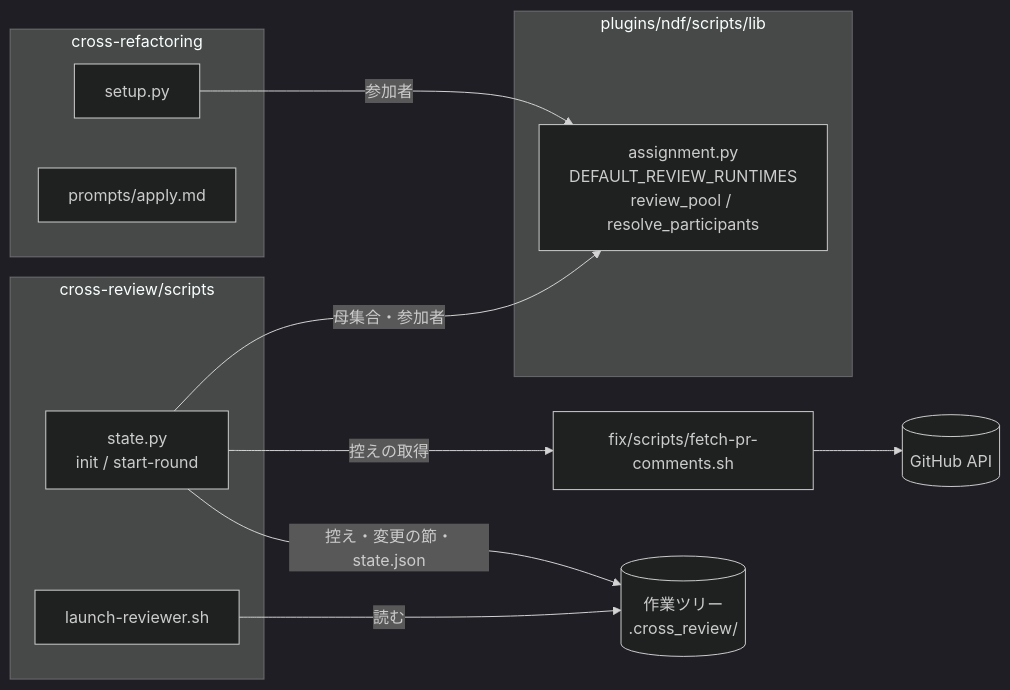
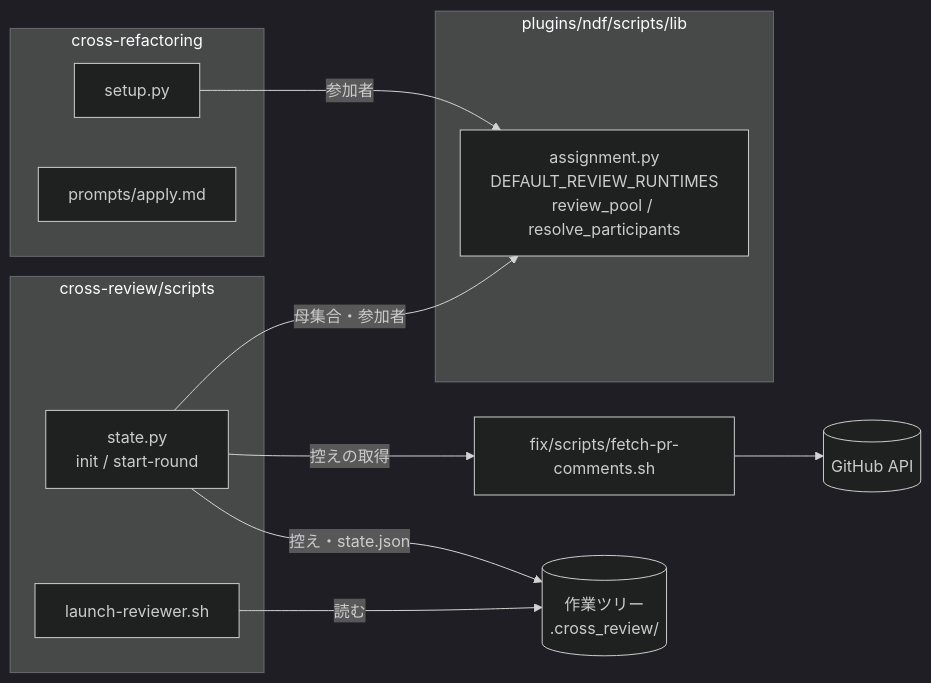
Before and after one commit to devbasex/ai-plugins: the first of 4 diagrams in issues/issue-542-786-design.md, drawn with Mermaid (dark theme). The commit also changed other lines of this file and 2 other files, not shown here.

````diff
--- a/issues/issue-542-786-design.md
+++ b/issues/issue-542-786-design.md
@@ -72,23 +72,23 @@
 ```mermaid
 graph LR
   subgraph lib["plugins/ndf/scripts/lib"]
     A["assignment.py<br/>DEFAULT_REVIEW_RUNTIMES<br/>review_pool / resolve_participants"]
   end
   subgraph cr["cross-review/scripts"]
     S["state.py<br/>init / start-round"]
     L["launch-reviewer.sh"]
   end
   subgraph rf["cross-refactoring"]
     SU["setup.py"]
     AP["prompts/apply.md"]
   end
   F["fix/scripts/fetch-pr-comments.sh"]
   G[("GitHub API")]
   W[("作業ツリー<br/>.cross_review/")]
   S -->|母集合・参加者| A
   SU -->|参加者| A
   S -->|控えの取得| F
   F --> G
-  S -->|控え・変更の節・state.json| W
+  S -->|控え・state.json| W
   L -->|読む| W
 ```
````
